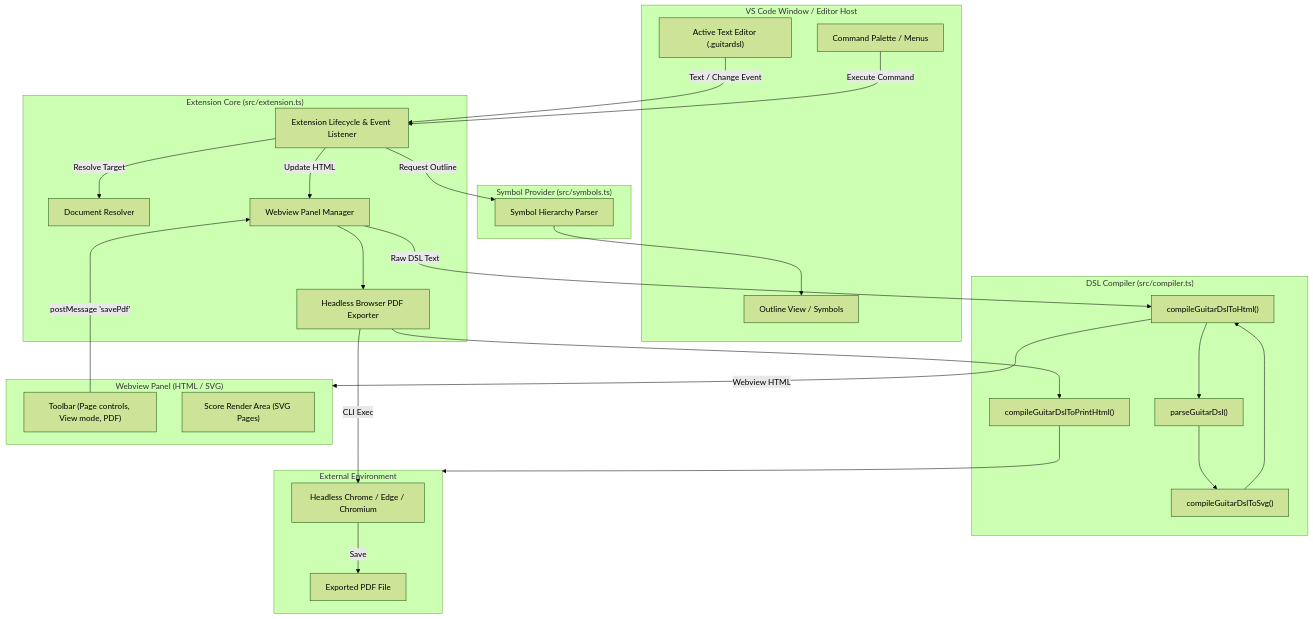
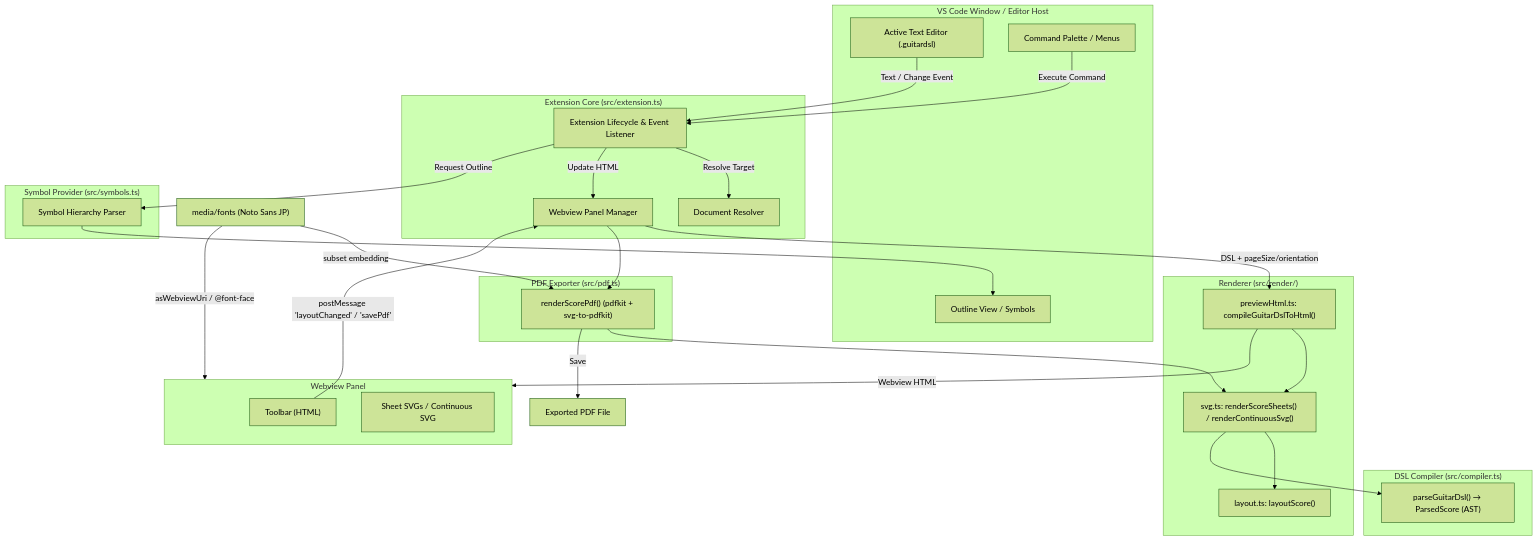
The first of 3 diagrams in docs/design/architecture.md (puchinya/vscode-guitar-dsl), drawn with Mermaid (forest theme) before and after one commit. The commit also changed other lines of this file and 21 other files, not shown here.

````diff
--- a/docs/design/architecture.md
+++ b/docs/design/architecture.md
@@ -11,56 +11,59 @@
 ```mermaid
 flowchart TD
     subgraph VSCode["VS Code Window / Editor Host"]
         Editor["Active Text Editor (.guitardsl)"]
         Outline["Outline View / Symbols"]
         Commands["Command Palette / Menus"]
     end
 
     subgraph ExtensionCore["Extension Core (src/extension.ts)"]
         Lifecycle["Extension Lifecycle & Event Listener"]
         DocResolver["Document Resolver"]
         PanelManager["Webview Panel Manager"]
-        PdfExporter["Headless Browser PDF Exporter"]
     end
 
     subgraph SymbolProvider["Symbol Provider (src/symbols.ts)"]
         SymbolParser["Symbol Hierarchy Parser"]
     end
 
     subgraph Compiler["DSL Compiler (src/compiler.ts)"]
-        DSLParser["parseGuitarDsl()"]
-        SVGRenderer["compileGuitarDslToSvg()"]
-        HTMLBuilder["compileGuitarDslToHtml()"]
-        PrintBuilder["compileGuitarDslToPrintHtml()"]
+        DSLParser["parseGuitarDsl() → ParsedScore (AST)"]
     end
 
-    subgraph WebviewHost["Webview Panel (HTML / SVG)"]
-        Toolbar["Toolbar (Page controls, View mode, PDF)"]
-        ScoreContainer["Score Render Area (SVG Pages)"]
+    subgraph Renderer["Renderer (src/render/)"]
+        Layout["layout.ts: layoutScore()"]
+        SVGRenderer["svg.ts: renderScoreSheets() / renderContinuousSvg()"]
+        HTMLBuilder["previewHtml.ts: compileGuitarDslToHtml()"]
     end
 
-    subgraph External["External Environment"]
-        Chrome["Headless Chrome / Edge / Chromium"]
-        PDF["Exported PDF File"]
+    subgraph Pdf["PDF Exporter (src/pdf.ts)"]
+        PdfRenderer["renderScorePdf() (pdfkit + svg-to-pdfkit)"]
+    end
+
+    Fonts["media/fonts (Noto Sans JP)"]
+
+    subgraph WebviewHost["Webview Panel"]
+        Toolbar["Toolbar (HTML)"]
+        ScoreContainer["Sheet SVGs / Continuous SVG"]
     end
 
     Editor -->|Text / Change Event| Lifecycle
     Commands -->|Execute Command| Lifecycle
     Lifecycle -->|Resolve Target| DocResolver
     Lifecycle -->|Update HTML| PanelManager
     Lifecycle -->|Request Outline| SymbolParser
     SymbolParser --> Outline
 
-    PanelManager -->|Raw DSL Text| HTMLBuilder
-    HTMLBuilder --> DSLParser
-    DSLParser --> SVGRenderer
-    SVGRenderer --> HTMLBuilder
+    PanelManager -->|DSL + pageSize/orientation| HTMLBuilder
+    HTMLBuilder --> SVGRenderer
+    SVGRenderer --> Layout
+    SVGRenderer --> DSLParser
     HTMLBuilder -->|Webview HTML| WebviewHost
+    Fonts -->|asWebviewUri / @font-face| WebviewHost
 
-    Toolbar -->|postMessage 'savePdf'| PanelManager
-    PanelManager --> PdfExporter
-    PdfExporter --> PrintBuilder
-    PrintBuilder --> External
-    PdfExporter -->|CLI Exec| Chrome
-    Chrome -->|Save| PDF
+    Toolbar -->|postMessage 'layoutChanged' / 'savePdf'| PanelManager
+    PanelManager --> PdfRenderer
+    PdfRenderer --> SVGRenderer
+    Fonts -->|subset embedding| PdfRenderer
+    PdfRenderer -->|Save| PDF["Exported PDF File"]
 ```
````
